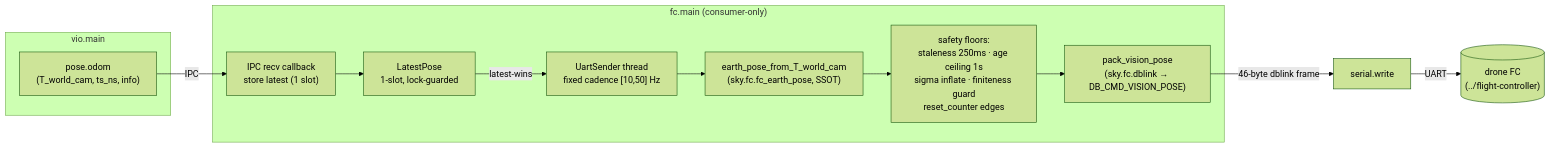
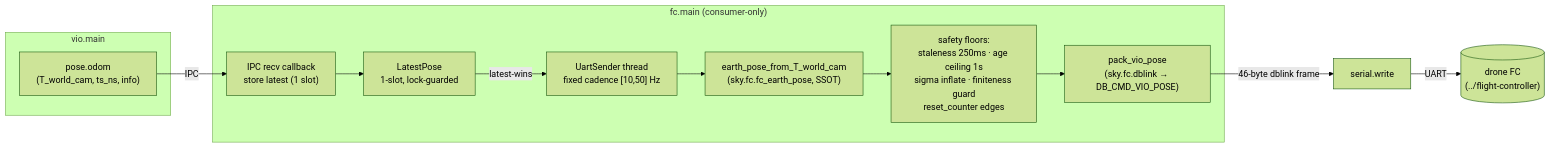
Before and after one commit to hqbao/flight-vio: the diagram in fc/README.md, drawn with Mermaid (forest theme). The commit also changed other lines of this file and 13 other files, not shown here.

First line of the commit message:
refactor(fc): rename vision_pose -> vio in the dblink sender (value 0x0C unchanged)

````diff
--- a/fc/README.md
+++ b/fc/README.md
@@ -200,22 +200,22 @@
 ```mermaid
 flowchart LR
     subgraph VIO["vio.main"]
         ODOM["pose.odom<br/>(T_world_cam, ts_ns, info)"]
     end
     subgraph FC["fc.main (consumer-only)"]
         CB["IPC recv callback<br/>store latest (1 slot)"]
         HOLD["LatestPose<br/>1-slot, lock-guarded"]
         UART["UartSender thread<br/>fixed cadence [10,50] Hz"]
         SSOT["earth_pose_from_T_world_cam<br/>(sky.fc.fc_earth_pose, SSOT)"]
         FLOORS["safety floors:<br/>staleness 250ms · age ceiling 1s<br/>sigma inflate · finiteness guard<br/>reset_counter edges"]
-        PACK["pack_vision_pose<br/>(sky.fc.dblink → DB_CMD_VISION_POSE)"]
+        PACK["pack_vio_pose<br/>(sky.fc.dblink → DB_CMD_VIO_POSE)"]
     end
     DEV[("drone FC<br/>(../flight-controller)")]
 
     ODOM -->|IPC| CB
     CB --> HOLD
     HOLD -->|latest-wins| UART
     UART --> SSOT --> FLOORS --> PACK
     PACK -->|46-byte dblink frame| TX["serial.write"]
     TX -->|UART| DEV
 ```
````
